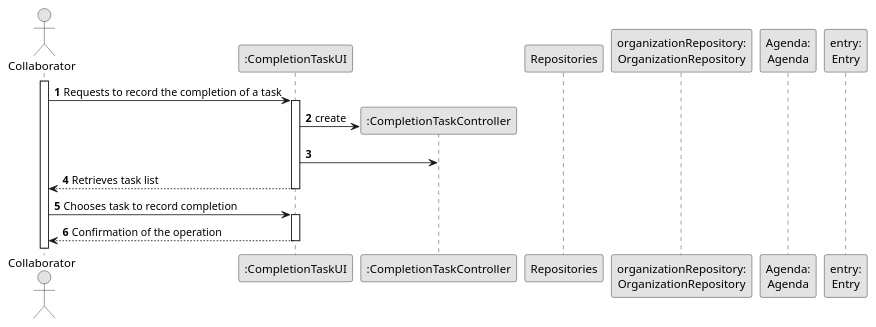
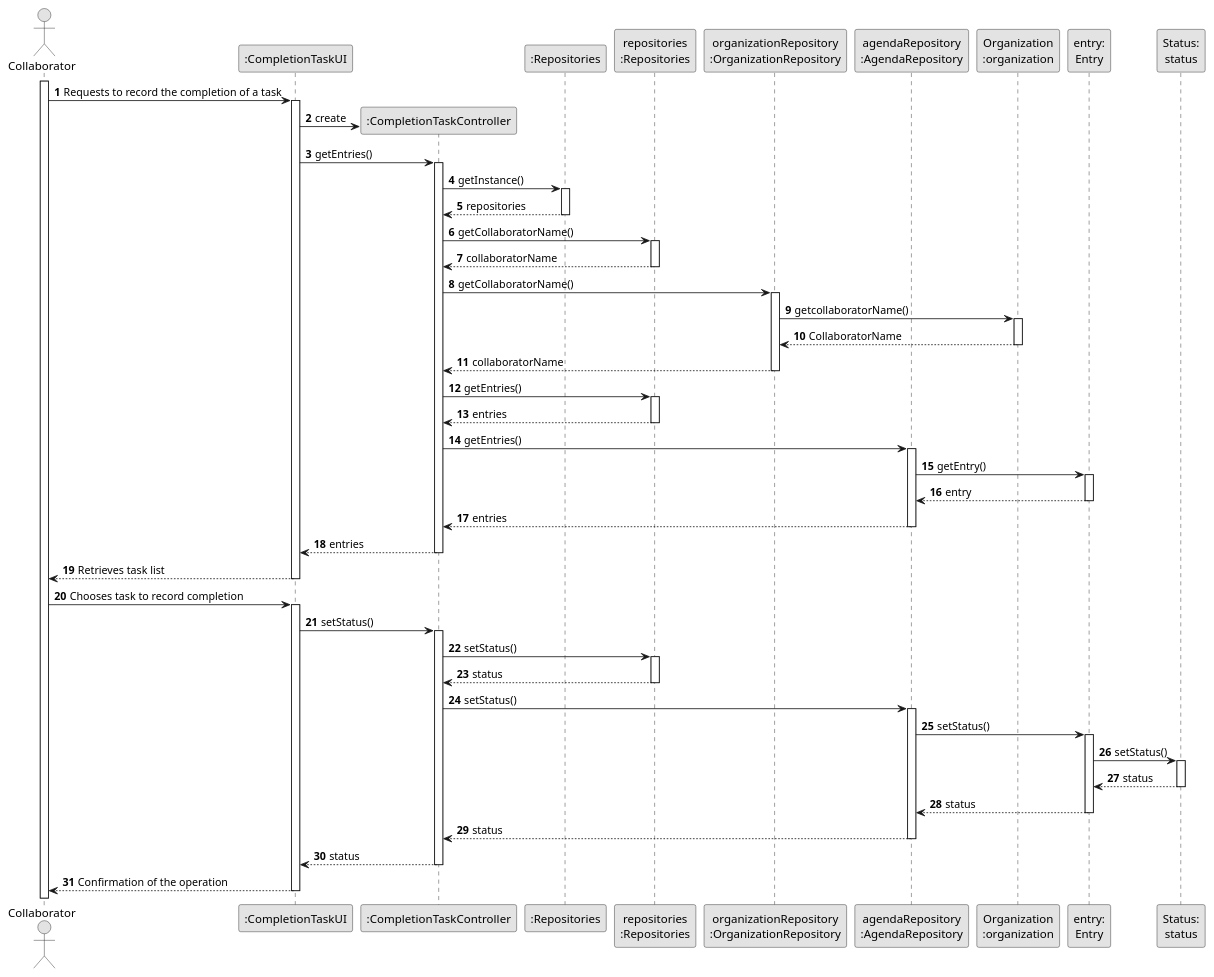
The diagram in docs/SprintC/us29/03.design/puml/us029-sequence-diagram-full.puml (Departamento-de-Engenharia-Informatica/lei-24-s2-1df-1de-g063), drawn with PlantUML before and after one commit. The commit also changed 24 other files, not shown here.

```diff
--- a/docs/SprintC/us29/03.design/puml/us029-sequence-diagram-full.puml
+++ b/docs/SprintC/us29/03.design/puml/us029-sequence-diagram-full.puml
@@ -1,36 +1,114 @@
 @startuml
 skinparam monochrome true
 skinparam packageStyle rectangle
 skinparam shadowing false
 
 autonumber
 
 'hide footbox
 actor "Collaborator" as EMP
 participant ":CompletionTaskUI" as UI
 participant ":CompletionTaskController" as CTRL
-participant "Repositories" as Rep
-participant "organizationRepository:\nOrganizationRepository" as Repositories
-participant "Agenda:\nAgenda" as Agenda
+participant ":Repositories" as Repositories
+participant "repositories\n:Repositories" as REP
+participant "organizationRepository\n:OrganizationRepository" as OrganizationRepository
+participant "agendaRepository\n:AgendaRepository" as Agenda
+participant "Organization\n:organization" as Organization
 participant "entry:\nEntry" as Entry
+participant "Status:\nstatus" as Status
 
 activate EMP
 
     EMP -> UI : Requests to record the completion of a task
     activate UI
 
         UI -> CTRL** : create
 
-        UI -> CTRL :
+        UI -> CTRL : getEntries()
+        activate CTRL
+
+            CTRL -> Repositories : getInstance()
+            activate Repositories
+
+                Repositories --> CTRL : repositories
+            deactivate Repositories
+
+                CTRL -> REP : getCollaboratorName()
+                activate REP
+
+                    REP --> CTRL: collaboratorName
+                deactivate REP
+                CTRL -> OrganizationRepository : getCollaboratorName()
+                activate OrganizationRepository
+
+                    OrganizationRepository -> Organization : getcollaboratorName()
+                    activate Organization
+
+                    Organization --> OrganizationRepository : CollaboratorName
+                deactivate Organization
+
+                OrganizationRepository --> CTRL : collaboratorName
+            deactivate OrganizationRepository
+
+            CTRL -> REP : getEntries()
+            activate REP
+
+                    REP --> CTRL : entries
+            deactivate REP
+
+            CTRL -> Agenda : getEntries()
+            activate Agenda
+
+                Agenda -> Entry : getEntry()
+                activate Entry
+
+                    Entry --> Agenda : entry
+                deactivate Entry
+                Agenda --> CTRL : entries
+            deactivate Agenda
+
+            CTRL --> UI : entries
+        deactivate CTRL
+
         UI --> EMP : Retrieves task list
     deactivate UI
 
     EMP -> UI : Chooses task to record completion
     activate UI
+
+        UI -> CTRL : setStatus()
+        activate CTRL
+
+            CTRL -> REP: setStatus()
+            activate REP
+
+                REP --> CTRL : status
+            deactivate REP
+
+            CTRL -> Agenda : setStatus()
+            activate Agenda
+
+                Agenda -> Entry : setStatus()
+                activate Entry
+
+                    Entry -> Status : setStatus()
+                    activate Status
+
+                        Status --> Entry : status
+                    deactivate Status
+
+                    Entry --> Agenda : status
+                deactivate Entry
+
+                Agenda --> CTRL : status
+            deactivate Agenda
+
+            CTRL --> UI : status
+        deactivate CTRL
 
         UI --> EMP : Confirmation of the operation
     deactivate UI
 
 
 
 @enduml
```
